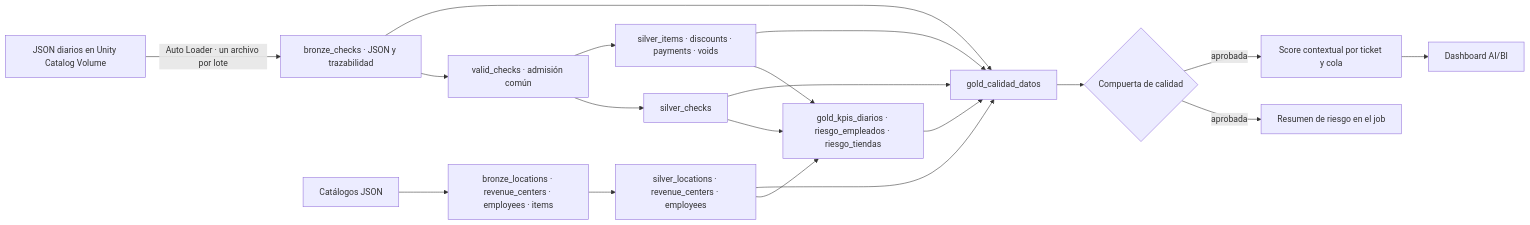
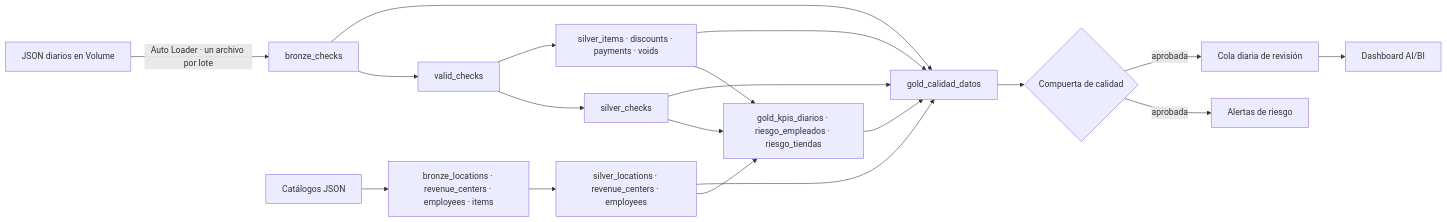
Before and after one commit to RafaGuSua19/applebees-databricks: the diagram in README.md, drawn with Mermaid. The commit also changed other lines of this file and 9 other files, not shown here.

````diff
--- a/README.md
+++ b/README.md
@@ -21,16 +19,16 @@
 ```mermaid
 flowchart LR
-  A[JSON diarios en Unity Catalog Volume] -->|Auto Loader · un archivo por lote| B[bronze_checks · JSON y trazabilidad]
+  A[JSON diarios en Volume] -->|Auto Loader · un archivo por lote| B[bronze_checks]
   D[Catálogos JSON] --> BD[bronze_locations · revenue_centers · employees · items]
-  B --> V[valid_checks · admisión común]
+  B --> V[valid_checks]
   B --> Q[gold_calidad_datos]
   V --> C[silver_checks]
   V --> L[silver_items · discounts · payments · voids]
   BD --> SD[silver_locations · revenue_centers · employees]
   C & L & SD --> G[gold_kpis_diarios · riesgo_empleados · riesgo_tiendas]
   C & L & SD & G --> Q
   Q --> J{Compuerta de calidad}
-  J -->|aprobada| R[Resumen de riesgo en el job]
-  J -->|aprobada| M[Score contextual por ticket y cola]
+  J -->|aprobada| R[Alertas de riesgo]
+  J -->|aprobada| M[Cola diaria de revisión]
   M --> AIBI[Dashboard AI/BI]
 ```
````
